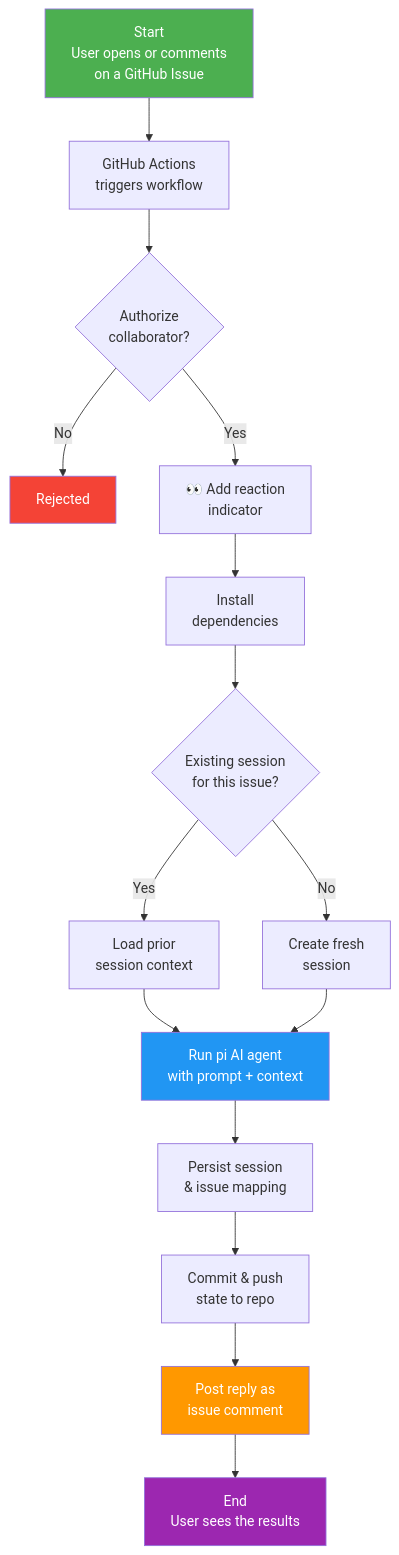
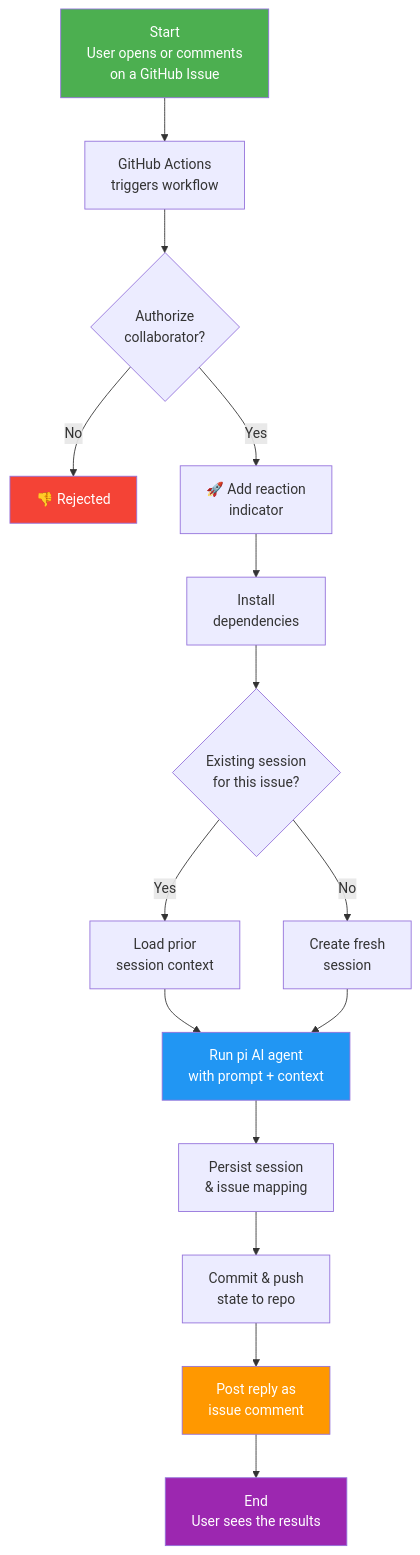
Before and after one commit to japer-technology/github-minimum-intelligence: the diagram in README.md, drawn with Mermaid. The commit also changed other lines of this file and 4 other files, not shown here.

````diff
--- a/README.md
+++ b/README.md
@@ -37,23 +37,23 @@
 ```mermaid
 flowchart TD
     A["Start<br/>User opens or comments<br/>on a GitHub Issue"] --> B["GitHub Actions<br/>triggers workflow"]
     B --> C{"Authorize<br/>collaborator?"}
-    C -- No --> D["Rejected"]
-    C -- Yes --> E["👀 Add reaction<br/>indicator"]
+    C -- No --> D["👎 Rejected"]
+    C -- Yes --> E["🚀 Add reaction<br/>indicator"]
     E --> F["Install<br/>dependencies"]
     F --> G{"Existing session<br/>for this issue?"}
     G -- Yes --> H["Load prior<br/>session context"]
     G -- No --> I["Create fresh<br/>session"]
     H --> J["Run pi AI agent<br/>with prompt + context"]
     I --> J
     J --> K["Persist session<br/>& issue mapping"]
     K --> L["Commit & push<br/>state to repo"]
     L --> M["Post reply as<br/>issue comment"]
     M --> N["End<br/>User sees the results"]
 
     style A fill:#4CAF50,color:#fff
     style J fill:#2196F3,color:#fff
     style M fill:#FF9800,color:#fff
     style D fill:#f44336,color:#fff
     style N fill:#9C27B0,color:#fff
 ```
````
